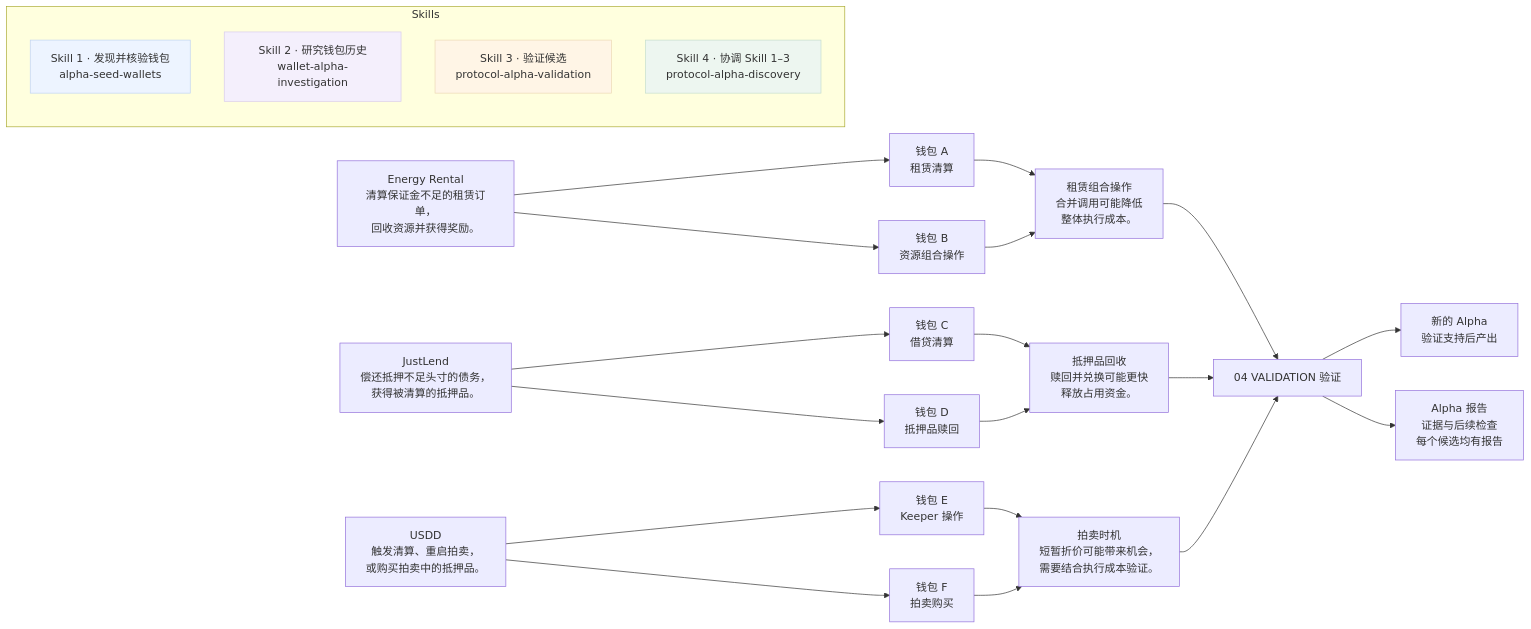
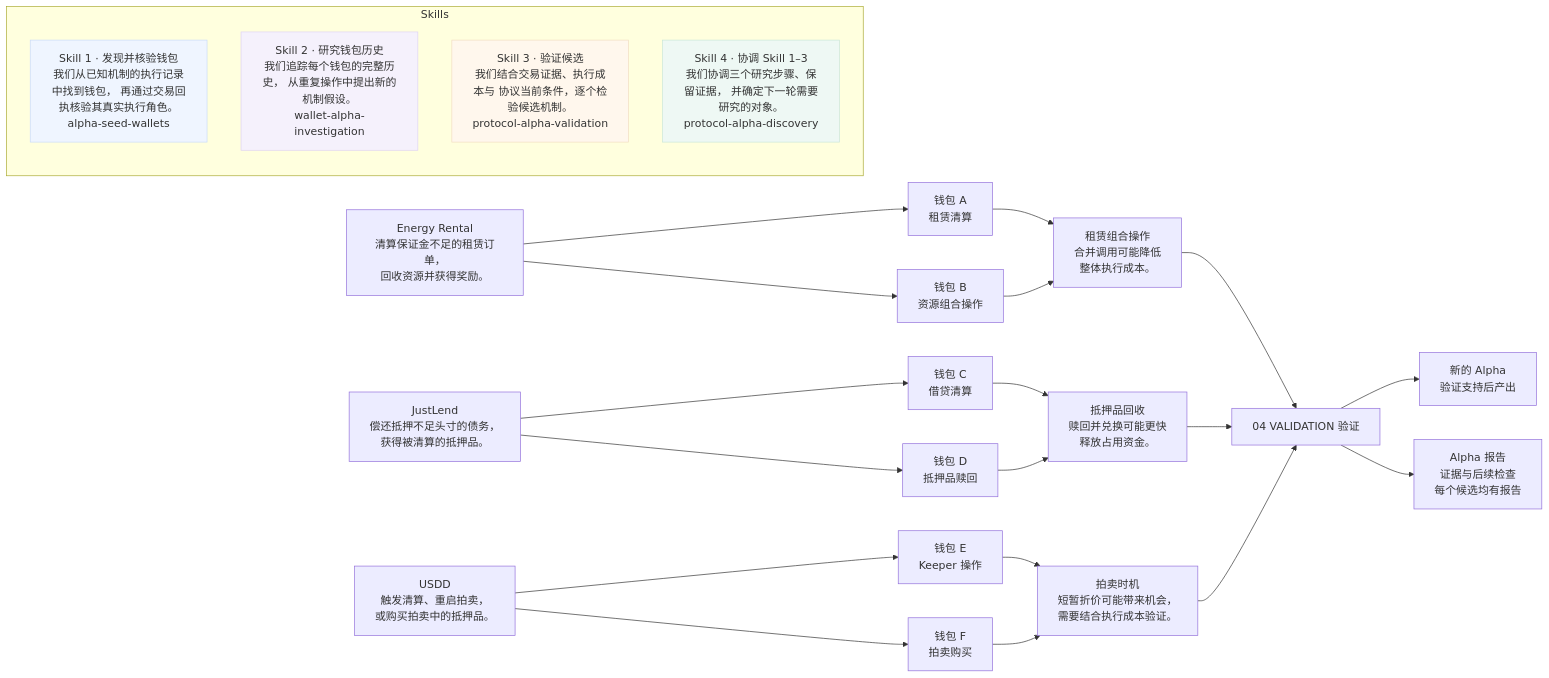
Before and after one commit to qinyh10300/protocol-alpha-finder: the diagram in docs/diagrams/system-architecture-zh-CN.mmd, drawn with Mermaid. The commit also changed 16 other files, not shown here.

Commit message:
docs: redesign research diagrams around Skills and evidence cycle

```diff
--- a/docs/diagrams/system-architecture-zh-CN.mmd
+++ b/docs/diagrams/system-architecture-zh-CN.mmd
@@ -1,44 +1,44 @@
 %% Skill labels belong below the flow in the SVG illustration.
 flowchart LR
     SEED0["Energy Rental<br/>清算保证金不足的租赁订单，<br/>回收资源并获得奖励。"]
     SEED1["JustLend<br/>偿还抵押不足头寸的债务，<br/>获得被清算的抵押品。"]
     SEED2["USDD<br/>触发清算、重启拍卖，<br/>或购买拍卖中的抵押品。"]
     WALLET0["钱包 A<br/>租赁清算"]
     WALLET1["钱包 B<br/>资源组合操作"]
     WALLET2["钱包 C<br/>借贷清算"]
     WALLET3["钱包 D<br/>抵押品赎回"]
     WALLET4["钱包 E<br/>Keeper 操作"]
     WALLET5["钱包 F<br/>拍卖购买"]
     CANDIDATE0["租赁组合操作<br/>合并调用可能降低<br/>整体执行成本。"]
     CANDIDATE1["抵押品回收<br/>赎回并兑换可能更快<br/>释放占用资金。"]
     CANDIDATE2["拍卖时机<br/>短暂折价可能带来机会，<br/>需要结合执行成本验证。"]
     SEED0 --> WALLET0
     WALLET0 --> CANDIDATE0
     SEED0 --> WALLET1
     WALLET1 --> CANDIDATE0
     CANDIDATE0 --> VALIDATION
     SEED1 --> WALLET2
     WALLET2 --> CANDIDATE1
     SEED1 --> WALLET3
     WALLET3 --> CANDIDATE1
     CANDIDATE1 --> VALIDATION
     SEED2 --> WALLET4
     WALLET4 --> CANDIDATE2
     SEED2 --> WALLET5
     WALLET5 --> CANDIDATE2
     CANDIDATE2 --> VALIDATION
     VALIDATION["04  VALIDATION 验证"]
     NEW["新的 Alpha<br/>验证支持后产出"]
     REPORT["Alpha 报告<br/>证据与后续检查<br/>每个候选均有报告"]
     VALIDATION --> NEW
     VALIDATION --> REPORT
     subgraph SKILLS["Skills"]
-        S0["Skill 1 · 发现并核验钱包<br/>alpha-seed-wallets"]
-        S1["Skill 2 · 研究钱包历史<br/>wallet-alpha-investigation"]
-        S2["Skill 3 · 验证候选<br/>protocol-alpha-validation"]
-        S3["Skill 4 · 协调 Skill 1–3<br/>protocol-alpha-discovery"]
+        S0["Skill 1 · 发现并核验钱包<br/>我们从已知机制的执行记录中找到钱包， 再通过交易回执核验其真实执行角色。<br/>alpha-seed-wallets"]
+        S1["Skill 2 · 研究钱包历史<br/>我们追踪每个钱包的完整历史， 从重复操作中提出新的机制假设。<br/>wallet-alpha-investigation"]
+        S2["Skill 3 · 验证候选<br/>我们结合交易证据、执行成本与 协议当前条件，逐个检验候选机制。<br/>protocol-alpha-validation"]
+        S3["Skill 4 · 协调 Skill 1–3<br/>我们协调三个研究步骤、保留证据， 并确定下一轮需要研究的对象。<br/>protocol-alpha-discovery"]
     end
-    style S0 fill:#edf4ff,stroke:#bfd3f2
-    style S1 fill:#f4effc,stroke:#d8caec
-    style S2 fill:#fff5e6,stroke:#ecd8b5
-    style S3 fill:#edf6f0,stroke:#c5ddce
+    style S0 fill:#eff5ff,stroke:#c8daf8
+    style S1 fill:#f5f1fc,stroke:#ded2f2
+    style S2 fill:#fff7ed,stroke:#f1dcc2
+    style S3 fill:#eef8f4,stroke:#c9e5d9
```
